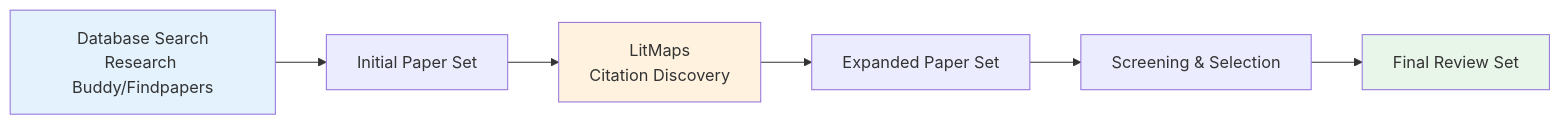
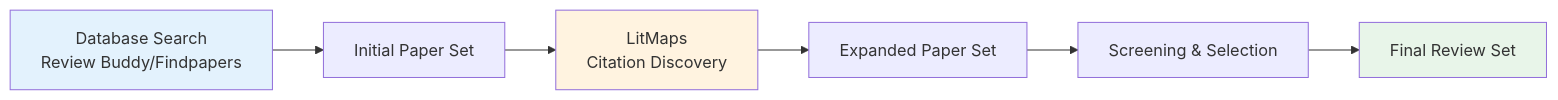
One commit to leonardozaggia/automated_systematic_literature_search changed the diagram in book/additional_tools/2_LitMaps.md. Above: the diagram before and after it, drawn with Mermaid. The commit also changed other lines of this file and 11 other files, not shown here.

Commit message:
corrected tool name: review_buddy

````diff
--- a/book/additional_tools/2_LitMaps.md
+++ b/book/additional_tools/2_LitMaps.md
@@ -201,12 +201,12 @@
 ```{mermaid}
 graph LR
-    A["Database Search<br>Research Buddy/Findpapers"] --> B[Initial Paper Set]
+    A["Database Search<br>Review Buddy/Findpapers"] --> B[Initial Paper Set]
     B --> C["LitMaps<br>Citation Discovery"]
     C --> D[Expanded Paper Set]
     D --> E[Screening & Selection]
     E --> F[Final Review Set]
     
     style A fill:#e3f2fd
     style C fill:#fff3e0
     style F fill:#e8f5e9
 ```
````
